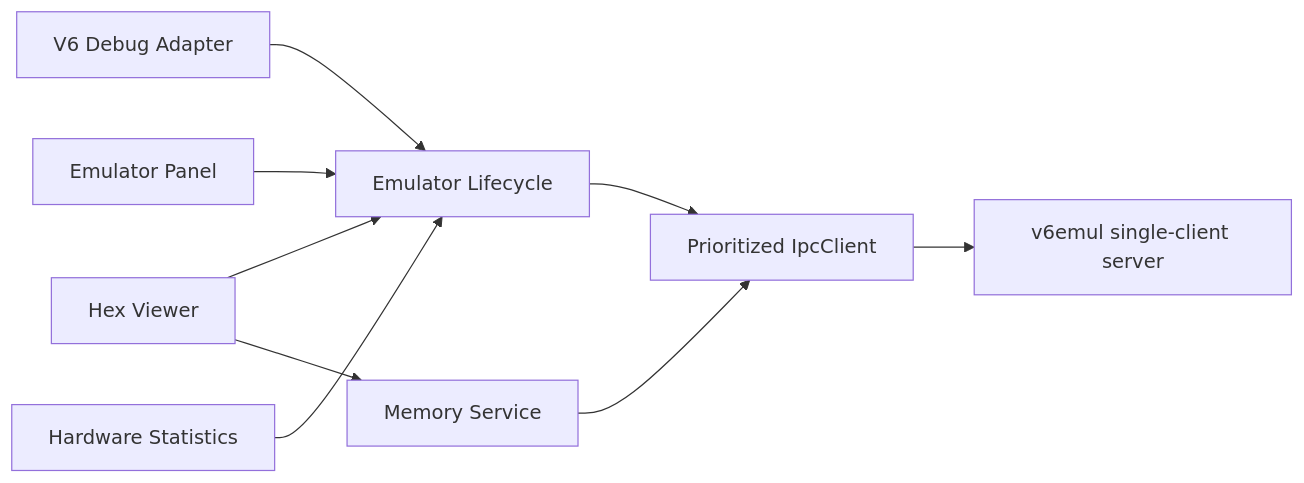
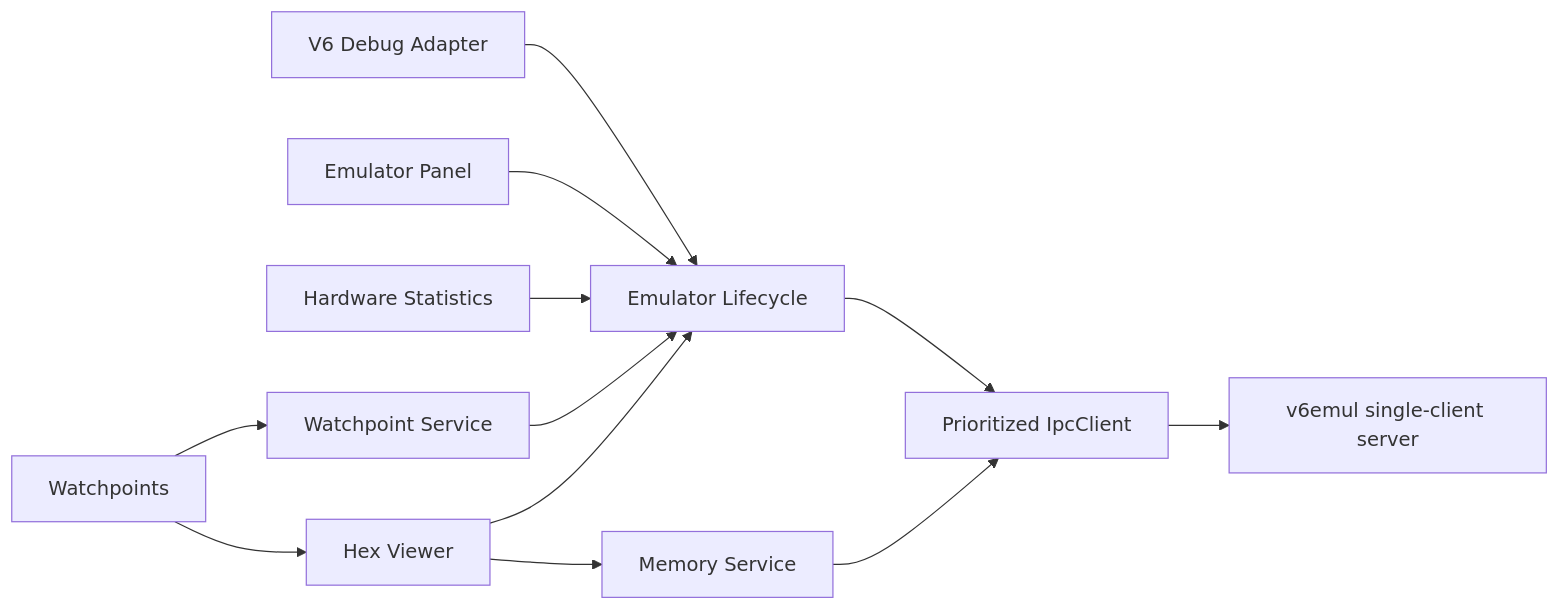
One commit to parallelno/v6vscode changed the diagram in docs/architecture.md. Above: the diagram before and after it, drawn with Mermaid. The commit also changed other lines of this file and 26 other files, not shown here.

````diff
--- a/docs/architecture.md
+++ b/docs/architecture.md
@@ -29,11 +29,14 @@
 ```mermaid
 flowchart LR
 	DAP[V6 Debug Adapter] --> Lifecycle[Emulator Lifecycle]
 	Panel[Emulator Panel] --> Lifecycle
 	Stats[Hardware Statistics] --> Lifecycle
 	Hex[Hex Viewer] --> Lifecycle
+	Watch[Watchpoints] --> WatchService[Watchpoint Service]
+	WatchService --> Lifecycle
+	Watch --> Hex
 	Hex --> Memory[Memory Service]
 	Memory --> Client
 	Lifecycle --> Client[Prioritized IpcClient]
 	Client --> Emulator[v6emul single-client server]
 ```
````
